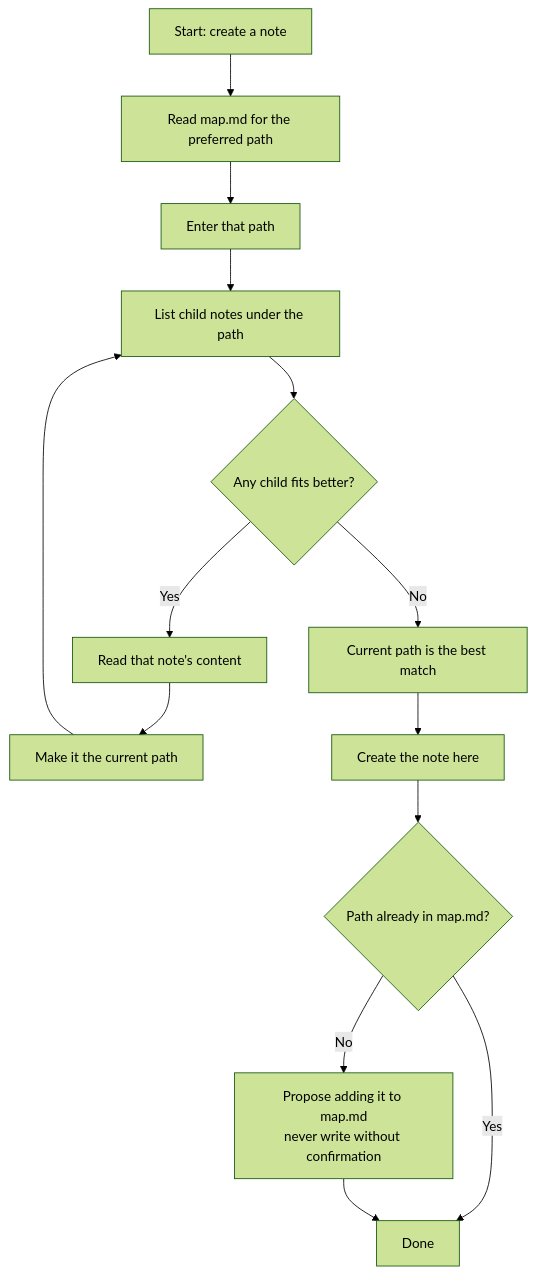
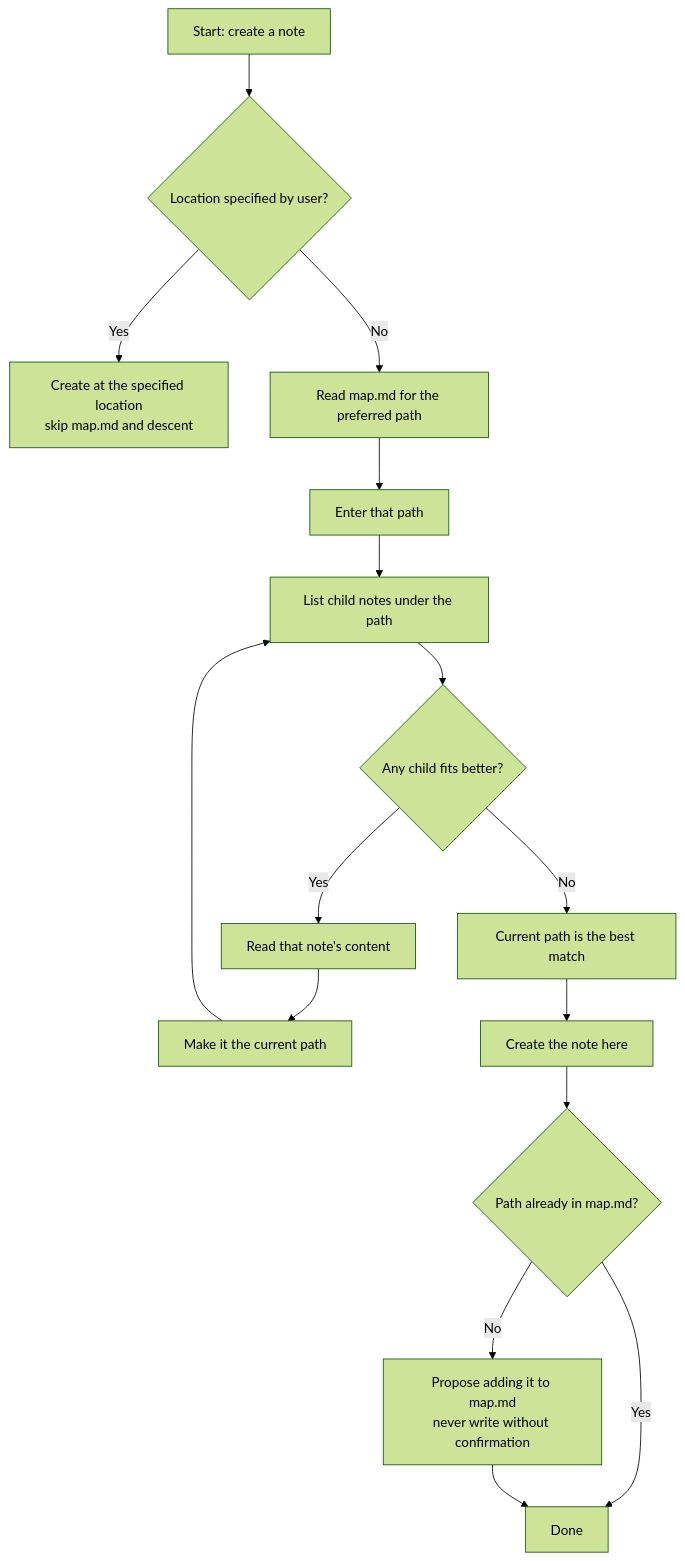
Before and after one commit to wmy2981/skills: the second of 2 diagrams in personal-siyuan-standards/SKILL.md, drawn with Mermaid (forest theme). The commit also changed other lines of this file and 1 other file, not shown here.

First line of the commit message:
feat(personal-siyuan-standards): user-specified location skips map.md and descent

````diff
--- a/personal-siyuan-standards/SKILL.md
+++ b/personal-siyuan-standards/SKILL.md
@@ -149,16 +150,18 @@
 ```mermaid
 graph TD
-    A[Start: create a note] --> B[Read map.md for the preferred path]
+    A[Start: create a note] --> A1{Location specified by user?}
+    A1 -- Yes --> A2[Create at the specified location<br/>skip map.md and descent]
+    A1 -- No --> B[Read map.md for the preferred path]
     B --> C[Enter that path]
     C --> D[List child notes under the path]
     D --> E{Any child fits better?}
     E -- Yes --> F[Read that note's content]
     F --> G[Make it the current path]
     G --> D
     E -- No --> H[Current path is the best match]
     H --> I[Create the note here]
     I --> J{Path already in map.md?}
     J -- No --> K[Propose adding it to map.md<br/>never write without confirmation]
     J -- Yes --> L[Done]
     K --> L
 ```
````
